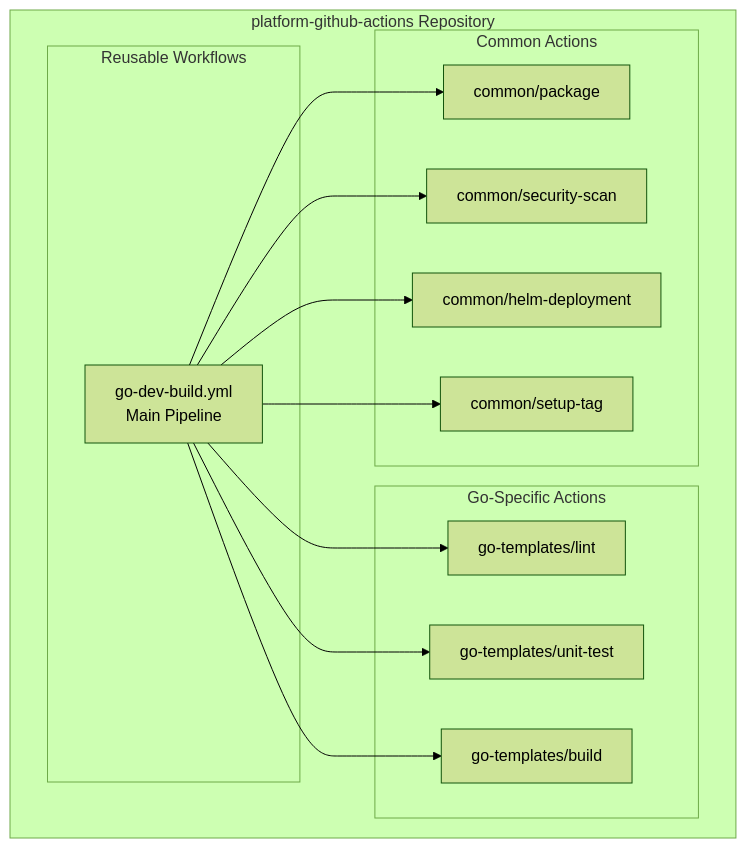
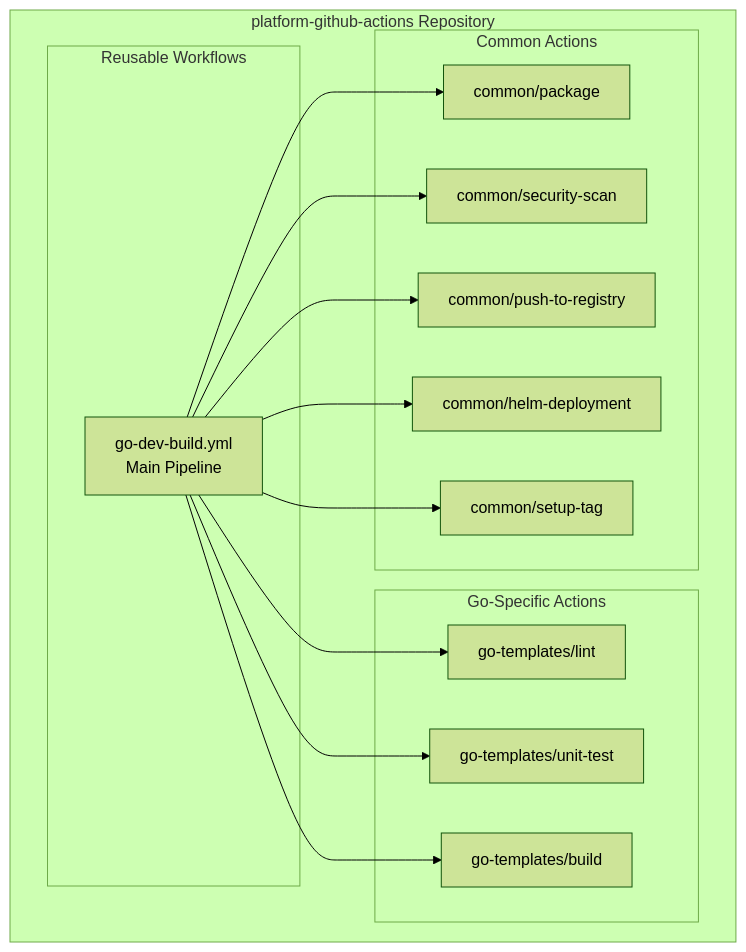
The third of 7 diagrams in FLOW.md (altimetrik-digital-enablement-demo-hub/platform-github-actions), drawn with Mermaid (forest theme) before and after one commit. The commit also changed other lines of this file and 1 other file, not shown here.

Commit message:
fix: changed flow - push image to registry after scans

````diff
--- a/FLOW.md
+++ b/FLOW.md
@@ -78,29 +79,31 @@
 ```mermaid
 graph TB
     subgraph "platform-github-actions Repository"
         subgraph "Reusable Workflows"
             MAIN_WF["go-dev-build.yml<br/>Main Pipeline"]
         end
         
         subgraph "Go-Specific Actions"
             LINT["go-templates/lint"]
             TEST["go-templates/unit-test"]
             BUILD["go-templates/build"]
         end
         
         subgraph "Common Actions"
             PACKAGE["common/package"]
             SECURITY["common/security-scan"]
+            PUSH_REGISTRY["common/push-to-registry"]
             HELM_DEPLOY["common/helm-deployment"]
             SETUP_TAG["common/setup-tag"]
         end
     end
     
     MAIN_WF --> LINT
     MAIN_WF --> TEST
     MAIN_WF --> BUILD
     MAIN_WF --> PACKAGE
     MAIN_WF --> SECURITY
+    MAIN_WF --> PUSH_REGISTRY
     MAIN_WF --> HELM_DEPLOY
     MAIN_WF --> SETUP_TAG
 ```
````
